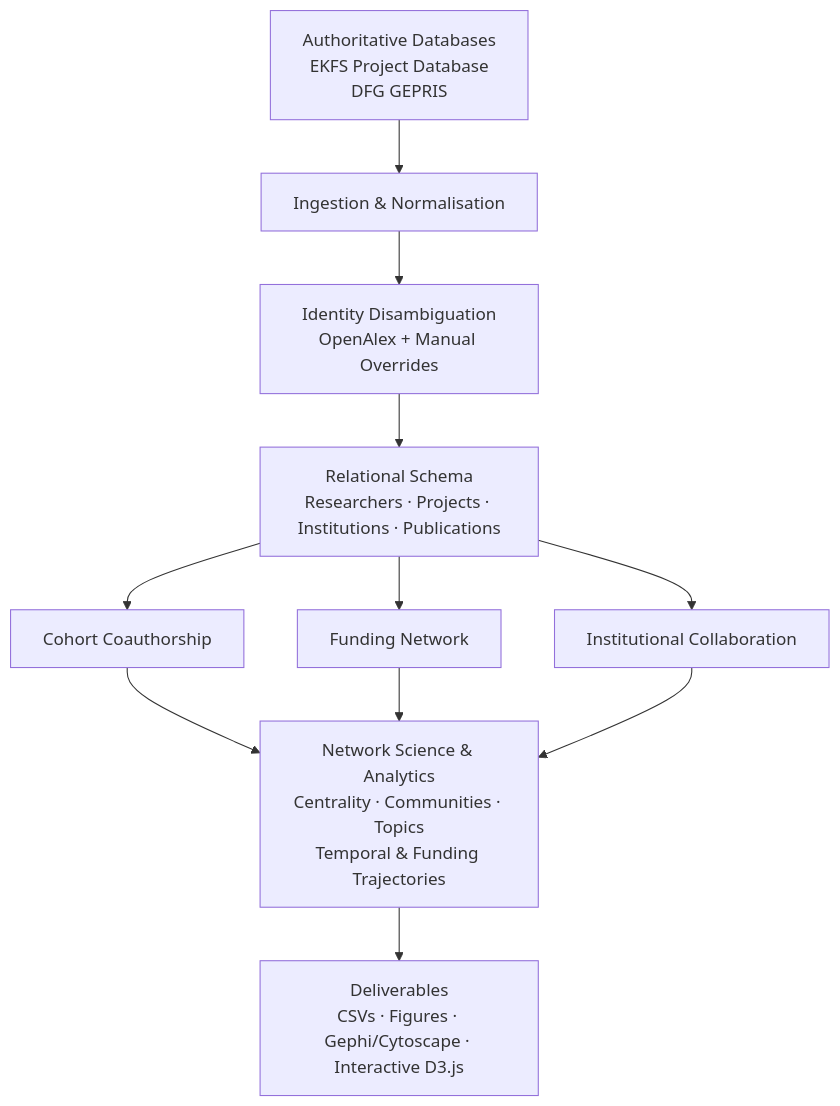
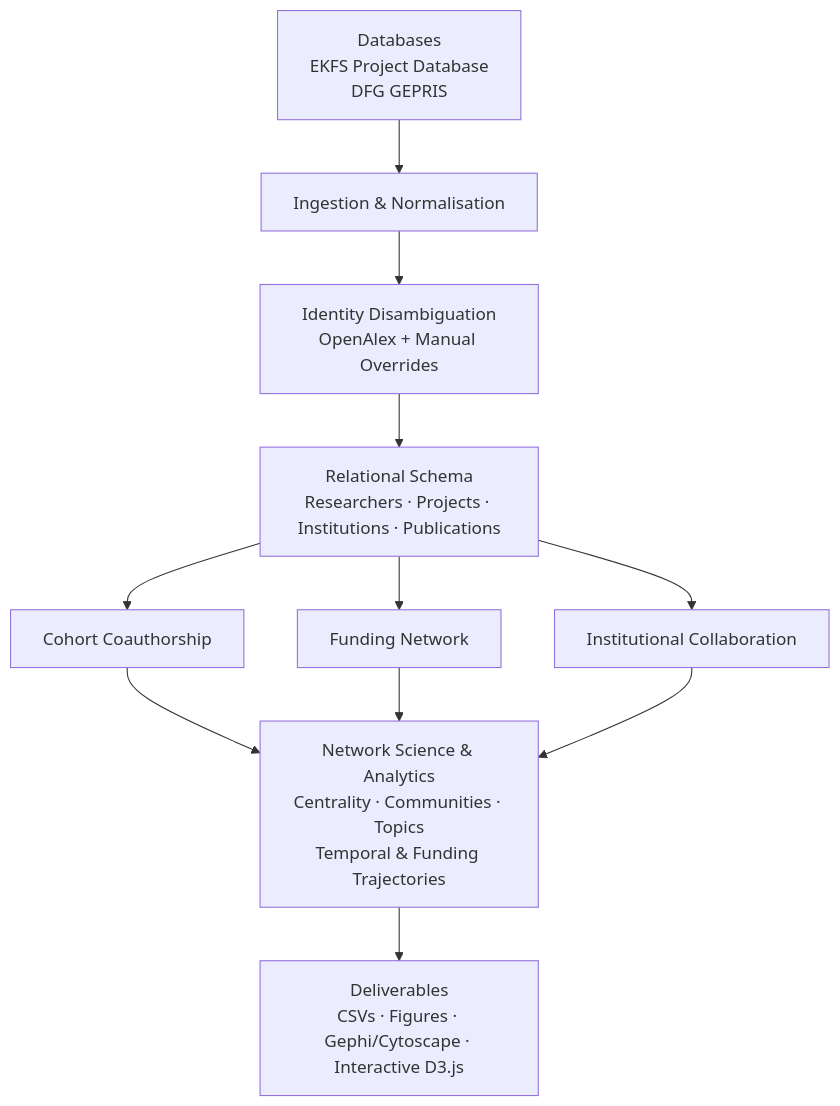
Before and after one commit to bibymaths/ekfs-dfg-biomed-network: the diagram in README.md, drawn with Mermaid. The commit also changed other lines of this file and 3 other files, not shown here.

````diff
--- a/README.md
+++ b/README.md
@@ -15,29 +15,29 @@
 ```mermaid 
     flowchart TD
-    A[Authoritative Databases<br/>EKFS Project Database<br/>DFG GEPRIS]
+    A[Databases<br/>EKFS Project Database<br/>DFG GEPRIS]
     B[Ingestion & Normalisation]
     C[Identity Disambiguation<br/>OpenAlex + Manual Overrides]
     D[Relational Schema<br/>Researchers · Projects · Institutions · Publications]
 
     E1[Cohort Coauthorship]
     E2[Funding Network]
     E3[Institutional Collaboration]
 
     F[Network Science & Analytics<br/>Centrality · Communities · Topics<br/>Temporal & Funding Trajectories]
 
     G[Deliverables<br/>CSVs · Figures · Gephi/Cytoscape · Interactive D3.js]
 
     A --> B
     B --> C
     C --> D
 
     D --> E1
     D --> E2
     D --> E3
 
     E1 --> F
     E2 --> F
     E3 --> F
 
     F --> G
 ```
````
